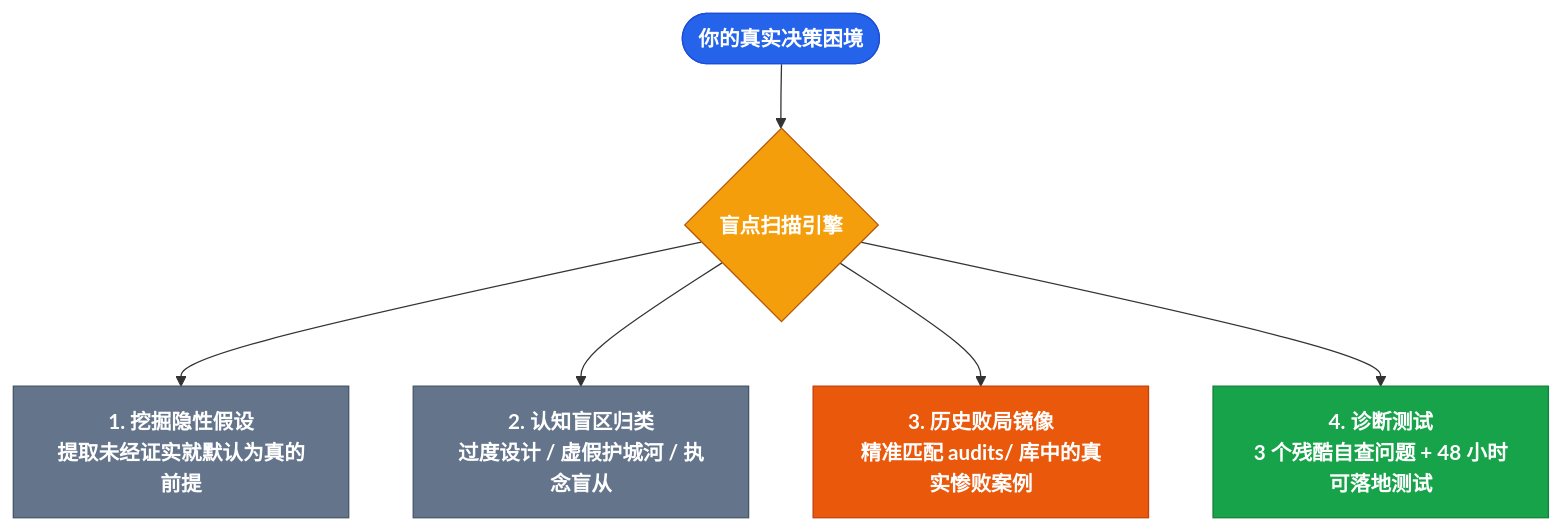
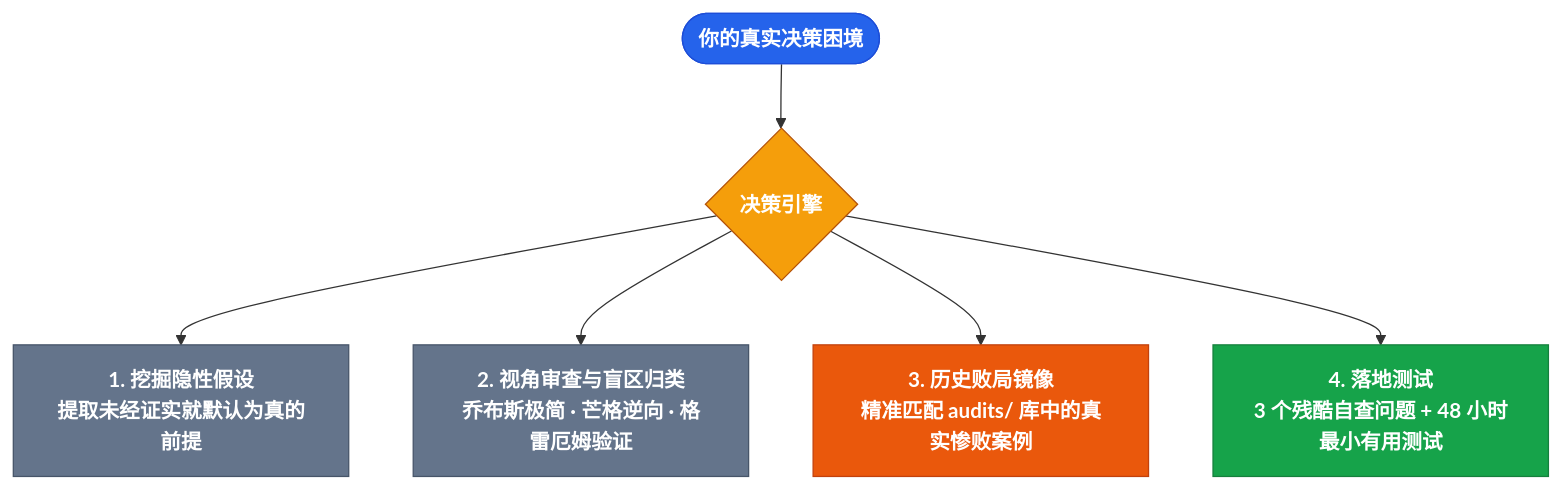
Before and after one commit to DOTfei/borrowed-brain-pro: the diagram in README.zh-CN.md, drawn with Mermaid. The commit also changed other lines of this file and 4 other files, not shown here.

````diff
--- a/README.zh-CN.md
+++ b/README.zh-CN.md
@@ -79,19 +81,19 @@
 ```mermaid
 flowchart TD
-    Dilemma(["你的真实决策困境"]):::start --> Scan{"盲点扫描引擎"}:::decision
+    Dilemma(["你的真实决策困境"]):::start --> Engine{"决策引擎"}:::decision
 
-    Scan --> S1["1. 挖掘隐性假设
+    Engine --> S1["1. 挖掘隐性假设
 提取未经证实就默认为真的前提"]:::action
-    Scan --> S2["2. 认知盲区归类
-过度设计 / 虚假护城河 / 执念盲从"]:::action
-    Scan --> S3["3. 历史败局镜像
+    Engine --> S2["2. 视角审查与盲区归类
+乔布斯极简 · 芒格逆向 · 格雷厄姆验证"]:::action
+    Engine --> S3["3. 历史败局镜像
 精准匹配 audits/ 库中的真实惨败案例"]:::warning
-    Scan --> S4["4. 诊断测试
-3 个残酷自查问题 + 48 小时可落地测试"]:::success
+    Engine --> S4["4. 落地测试
+3 个残酷自查问题 + 48 小时最小有用测试"]:::success
 
     classDef start fill:#2563eb,stroke:#1d4ed8,color:#ffffff,font-weight:bold
     classDef decision fill:#f59e0b,stroke:#b45309,color:#ffffff,font-weight:bold
     classDef action fill:#64748b,stroke:#475569,color:#ffffff,font-weight:bold
     classDef warning fill:#ea580c,stroke:#c2410c,color:#ffffff,font-weight:bold
     classDef success fill:#16a34a,stroke:#15803d,color:#ffffff,font-weight:bold
 ```
````
